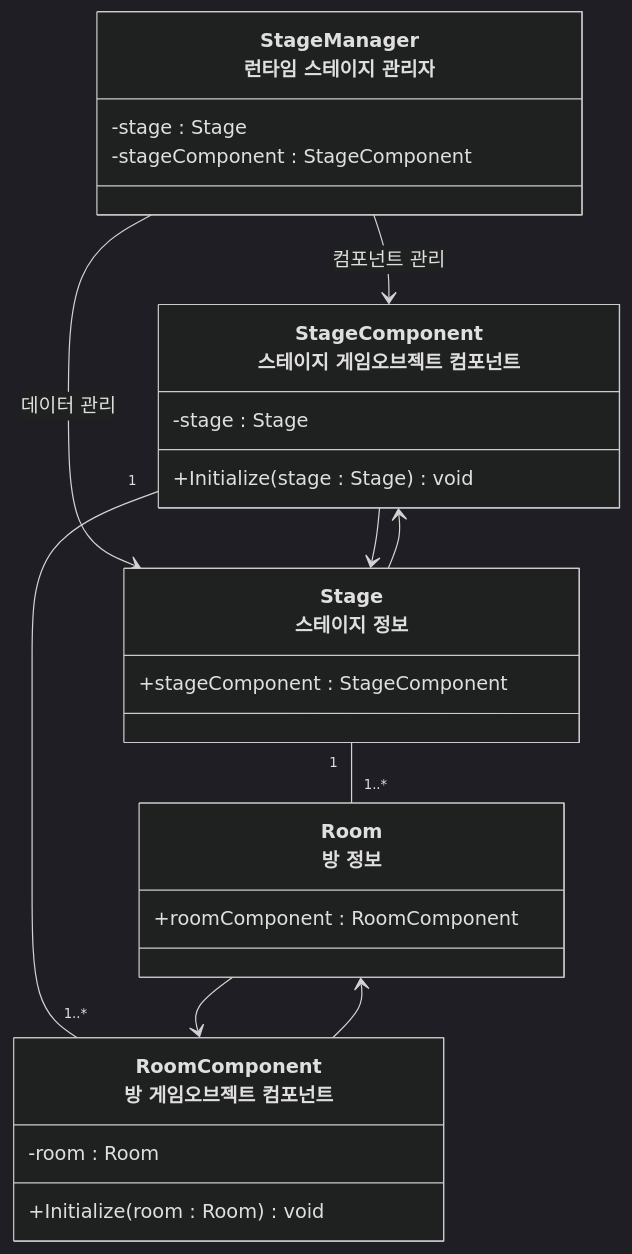
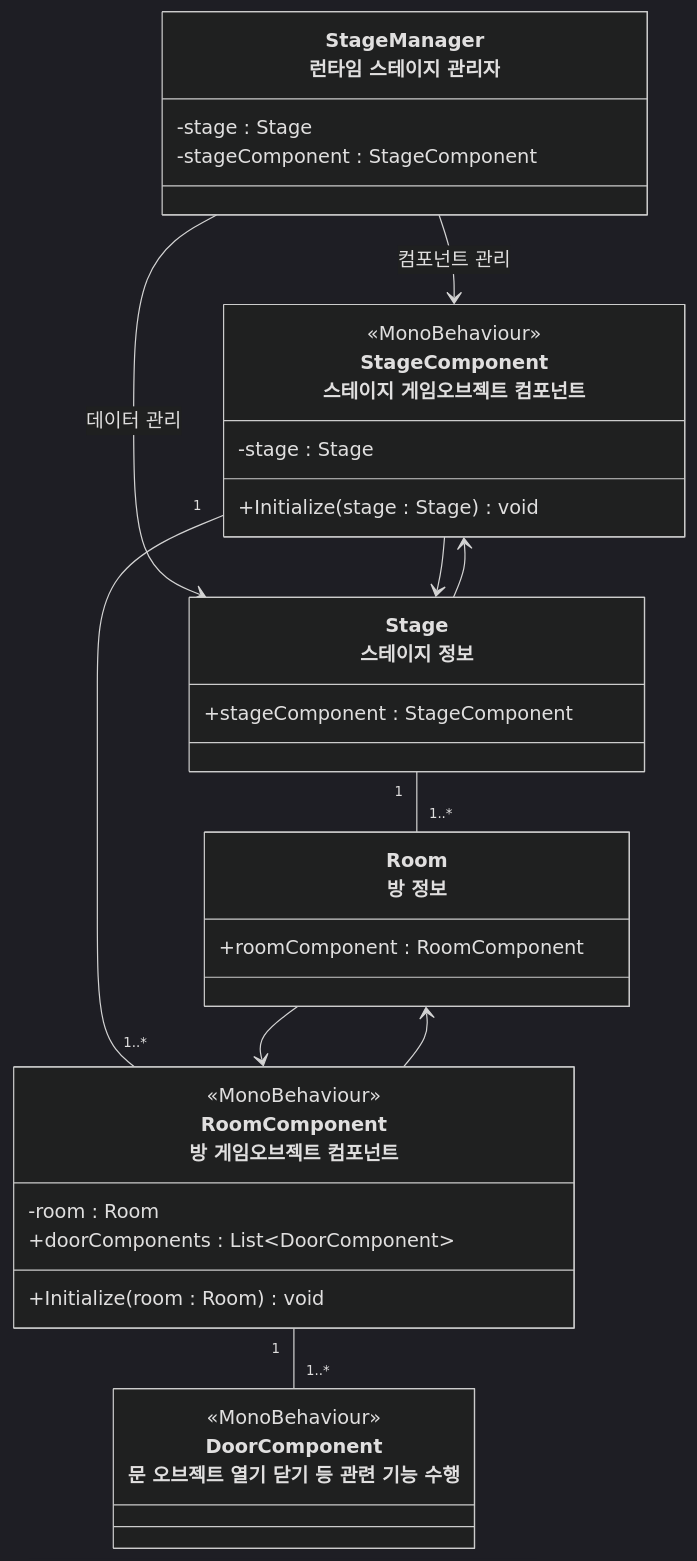
The second of 5 diagrams in Assets/_README/Stage_Spec.md (JIN5EOK/DungeonShooter), drawn with Mermaid (dark theme) before and after one commit. The commit also changed other lines of this file, not shown here.

````diff
--- a/Assets/_README/Stage_Spec.md
+++ b/Assets/_README/Stage_Spec.md
@@ -98,34 +101,42 @@
 ```mermaid
 classDiagram
     class StageComponent["StageComponent<br>스테이지 게임오브젝트 컴포넌트"] {
+        <<MonoBehaviour>>
         -stage : Stage
         +Initialize(stage : Stage) void
     }
     
     class RoomComponent["RoomComponent<br>방 게임오브젝트 컴포넌트"] {
+        <<MonoBehaviour>>
         -room : Room
+        +doorComponents : List~DoorComponent~
         +Initialize(room : Room) void
     }
-    
+
+    class DoorComponent["DoorComponent<br>문 오브젝트 열기 닫기 등 관련 기능 수행"] {
+        <<MonoBehaviour>>
+    }
+
     class StageManager["StageManager<br>런타임 스테이지 관리자"] {
         -stage : Stage
         -stageComponent : StageComponent
     }
     
     class Stage["Stage<br>스테이지 정보"] {
         +stageComponent : StageComponent
     }
     
     class Room["Room<br>방 정보"] {
         +roomComponent : RoomComponent
     }
     
     StageManager --> Stage : 데이터 관리
     StageManager --> StageComponent : 컴포넌트 관리
     StageComponent --> Stage
     StageComponent "1" -- "1..*" RoomComponent
+    RoomComponent "1" -- "1..*" DoorComponent
     RoomComponent --> Room
     Stage "1" -- "1..*" Room
     Stage --> StageComponent
     Room --> RoomComponent
 ```
````
